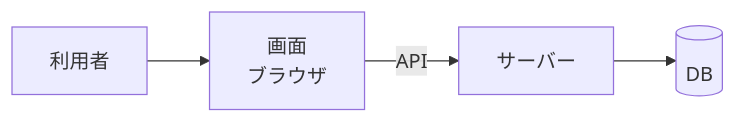
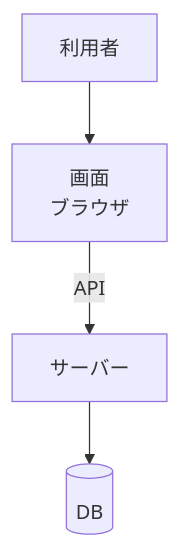
The diagram in examples/kotlin-spring/docs/basic-design/TODO-001-task-management.md (toshio-shiratori/harness-test-strategy), drawn with Mermaid before and after one commit.

Commit message:
docs: 基本設計書の全体構成の図を縦にし、拡大縮小ボタンとの重なりをなくす (#294)

````diff
--- a/examples/kotlin-spring/docs/basic-design/TODO-001-task-management.md
+++ b/examples/kotlin-spring/docs/basic-design/TODO-001-task-management.md
@@ -27,6 +27,6 @@
 ```mermaid
-flowchart LR
+flowchart TB
   U["利用者"] --> G["画面<br/>ブラウザ"]
   G -- "API" --> S["サーバー"]
   S --> D[("DB")]
 ```
````
